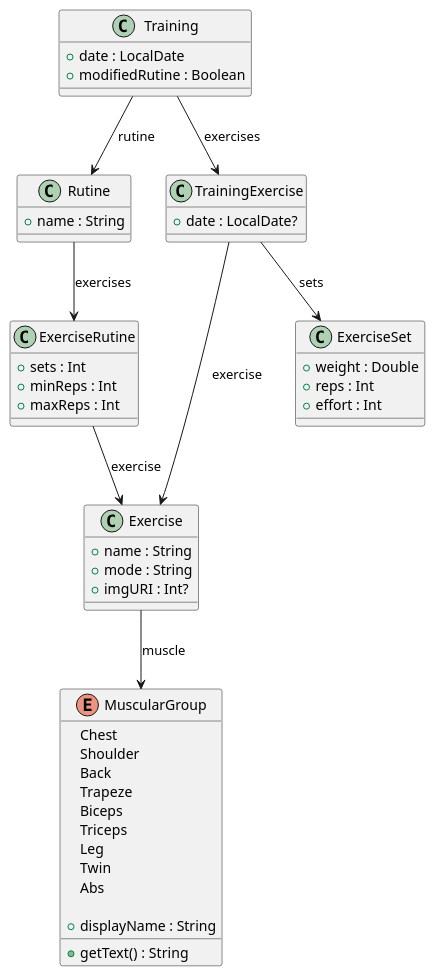
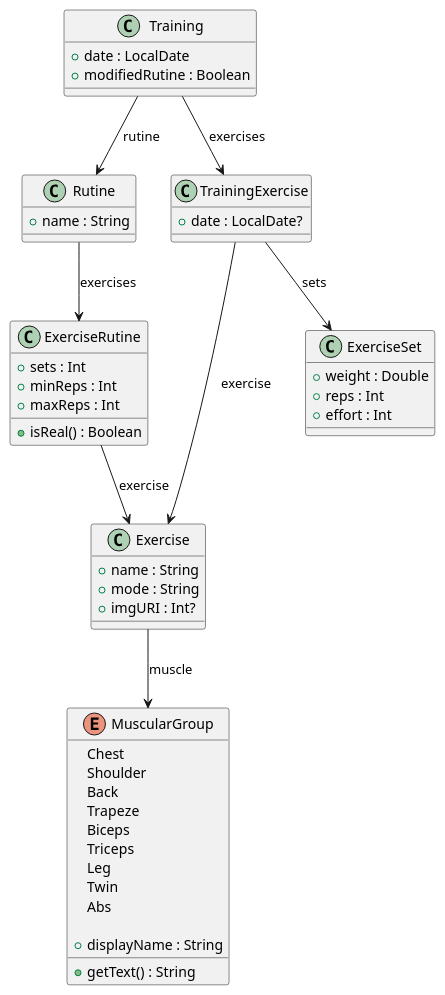
One commit to pablolanderas/GimApp changed the diagram in Doc/domain.puml. Above: the diagram before and after it, drawn with PlantUML. The commit also changed 9 other files, not shown here.

Commit message:
Arreglar bug de scrit uml

```diff
--- a/Doc/domain.puml
+++ b/Doc/domain.puml
@@ -1,58 +1,60 @@
 @startuml
 
 enum MuscularGroup{
    Chest
    Shoulder
    Back
    Trapeze
    Biceps
    Triceps
    Leg
    Twin
    Abs
 
   + displayName : String
 
   + getText() : String
 }
 
 class Exercise {
     + name : String
     + mode : String
     + imgURI : Int?
 }
 
 class ExerciseRutine {
     + sets : Int
     + minReps : Int
     + maxReps : Int
+
+  + isReal() : Boolean
 }
 
 class Rutine {
     + name : String
 }
 
 class ExerciseSet {
     + weight : Double
     + reps : Int
     + effort : Int
 }
 
 class TrainingExercise {
     + date : LocalDate?
 }
 
 class Training {
     + date : LocalDate
     + modifiedRutine : Boolean
 }
 
 Exercise --> MuscularGroup : muscle
 ExerciseRutine --> Exercise : exercise
 Rutine --> ExerciseRutine : exercises
 TrainingExercise --> Exercise : exercise
 TrainingExercise --> ExerciseSet : sets
 Training --> TrainingExercise : exercises
 Training --> Rutine : rutine
 
 @enduml
```
